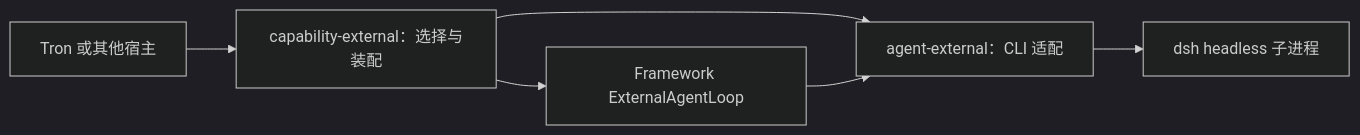
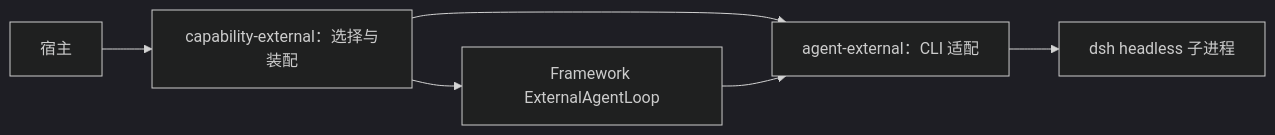
One commit to Penglai-Link/eliteforge-agent-framework changed the second of 2 diagrams in docs/外部Agent接入.md. Above: the diagram before and after it, drawn with Mermaid (dark theme). The commit also changed 60 other files, not shown here.

````diff
--- a/docs/外部Agent接入.md
+++ b/docs/外部Agent接入.md
@@ -41,8 +41,8 @@
 ```mermaid
 flowchart LR
-    Host[Tron 或其他宿主] --> Pack[capability-external：选择与装配]
+    Host[宿主] --> Pack[capability-external：选择与装配]
     Pack --> Loop[Framework ExternalAgentLoop]
     Pack --> Plugin[agent-external：CLI 适配]
     Loop --> Plugin
     Plugin --> DSH[dsh headless 子进程]
 ```
````
